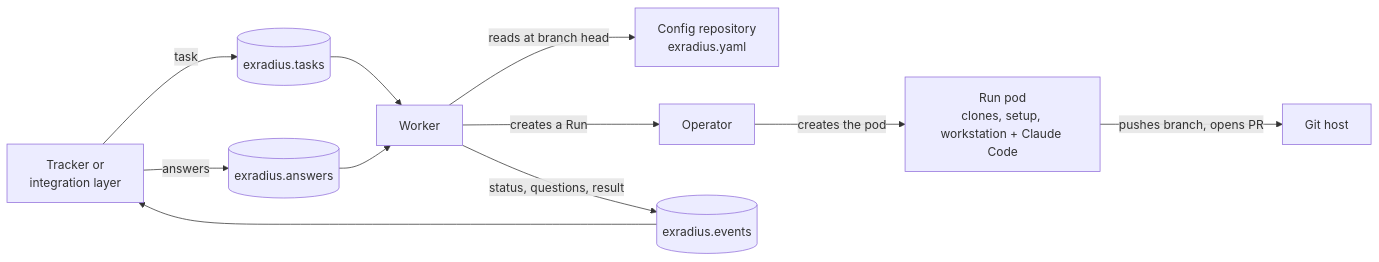
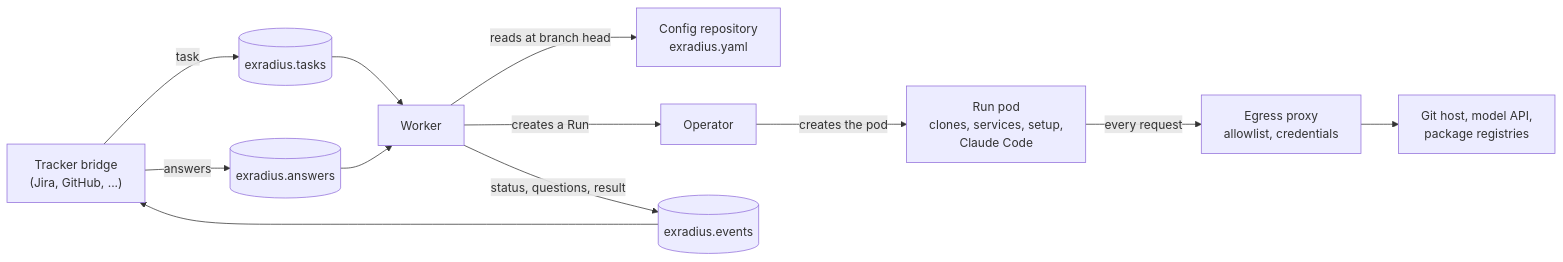
One commit to musabeytekin/exradius changed the diagram in README.md. Above: the diagram before and after it, drawn with Mermaid. The commit also changed other lines of this file and 2 other files, not shown here.

````diff
--- a/README.md
+++ b/README.md
@@ -35,13 +92,14 @@
 ```mermaid
 flowchart LR
-    tracker["Tracker or<br/>integration layer"] -- task --> tasks[("exradius.tasks")]
+    tracker["Tracker bridge<br/>(Jira, GitHub, ...)"] -- task --> tasks[("exradius.tasks")]
     tasks --> worker["Worker"]
     worker -- reads at branch head --> config["Config repository<br/>exradius.yaml"]
     worker -- creates a Run --> operator["Operator"]
-    operator -- creates the pod --> run["Run pod<br/>clones, setup, workstation + Claude Code"]
-    run -- pushes branch, opens PR --> git["Git host"]
+    operator -- creates the pod --> run["Run pod<br/>clones, services, setup,<br/>Claude Code"]
+    run -- every request --> egress["Egress proxy<br/>allowlist, credentials"]
+    egress --> git["Git host, model API,<br/>package registries"]
     worker -- status, questions, result --> events[("exradius.events")]
     events --> tracker
     tracker -- answers --> answers[("exradius.answers")]
     answers --> worker
 ```
````
